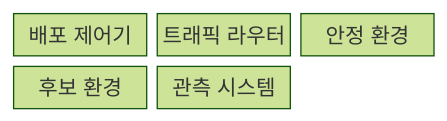
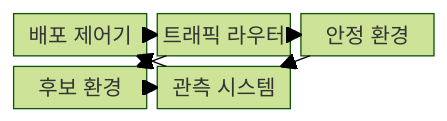
The first of 2 diagrams in src/content/docs/notes/03-software/063_canary_blue_green_deployment.md (agnusdei1207/knowledge-base), drawn with Mermaid (forest theme) before and after one commit. The commit also changed other lines of this file and 20 other files, not shown here.

````diff
--- a/src/content/docs/notes/03-software/063_canary_blue_green_deployment.md
+++ b/src/content/docs/notes/03-software/063_canary_blue_green_deployment.md
@@ -57,9 +61,15 @@
 ```mermaid
-block-beta
+block
   columns 3
   C["배포 제어기"]
   R["트래픽 라우터"]
   S["안정 환경"]
   N["후보 환경"]
   O["관측 시스템"]
+  C --> R
+  R --> S
+  R --> N
+  S --> O
+  N --> O
+  O --> C
 ```
````
